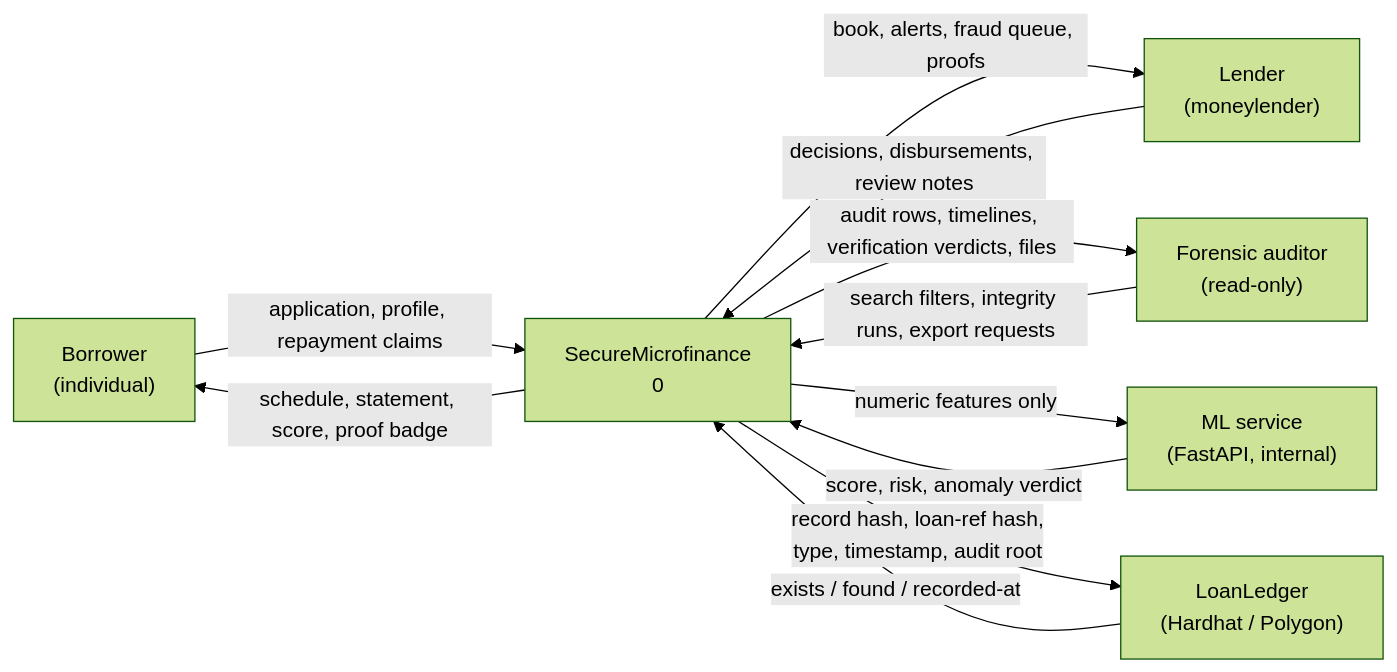
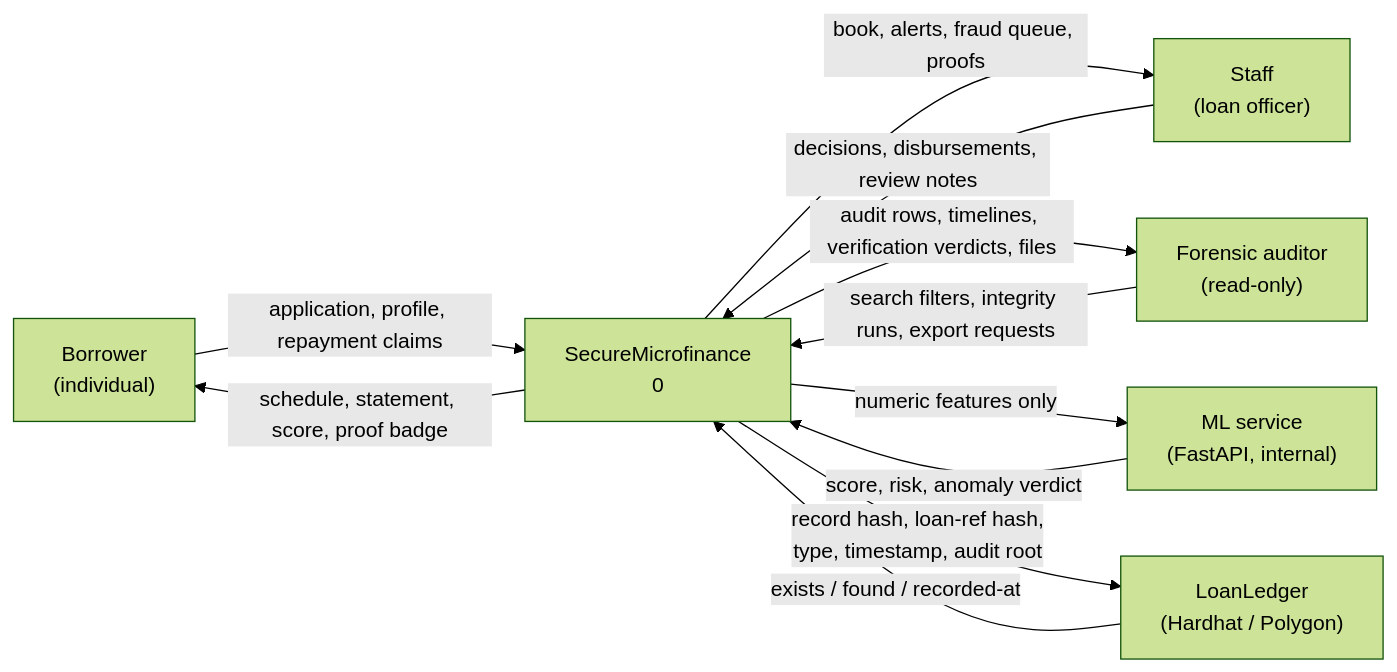
Before and after one commit to MelewaMathan/finance: the first of 3 diagrams in docs/DFD.md, drawn with Mermaid (forest theme). The commit also changed other lines of this file and 49 other files, not shown here.

First line of the commit message:
rename: Moneylender → Staff across full stack

````diff
--- a/docs/DFD.md
+++ b/docs/DFD.md
@@ -9,24 +9,24 @@
 ```mermaid
 flowchart LR
     B["Borrower<br/>(individual)"]
-    L["Lender<br/>(moneylender)"]
+    L["Staff<br/>(loan officer)"]
     A["Forensic auditor<br/>(read-only)"]
     S["SecureMicrofinance<br/>0"]
     ML["ML service<br/>(FastAPI, internal)"]
     CH["LoanLedger<br/>(Hardhat / Polygon)"]
 
     B -->|"application, profile, repayment claims"| S
     S -->|"schedule, statement, score, proof badge"| B
 
     L -->|"decisions, disbursements, review notes"| S
     S -->|"book, alerts, fraud queue, proofs"| L
 
     A -->|"search filters, integrity runs, export requests"| S
     S -->|"audit rows, timelines, verification verdicts, files"| A
 
     S -->|"numeric features only"| ML
     ML -->|"score, risk, anomaly verdict"| S
 
     S -->|"record hash, loan-ref hash,<br/>type, timestamp, audit root"| CH
     CH -->|"exists / found / recorded-at"| S
 ```
````
